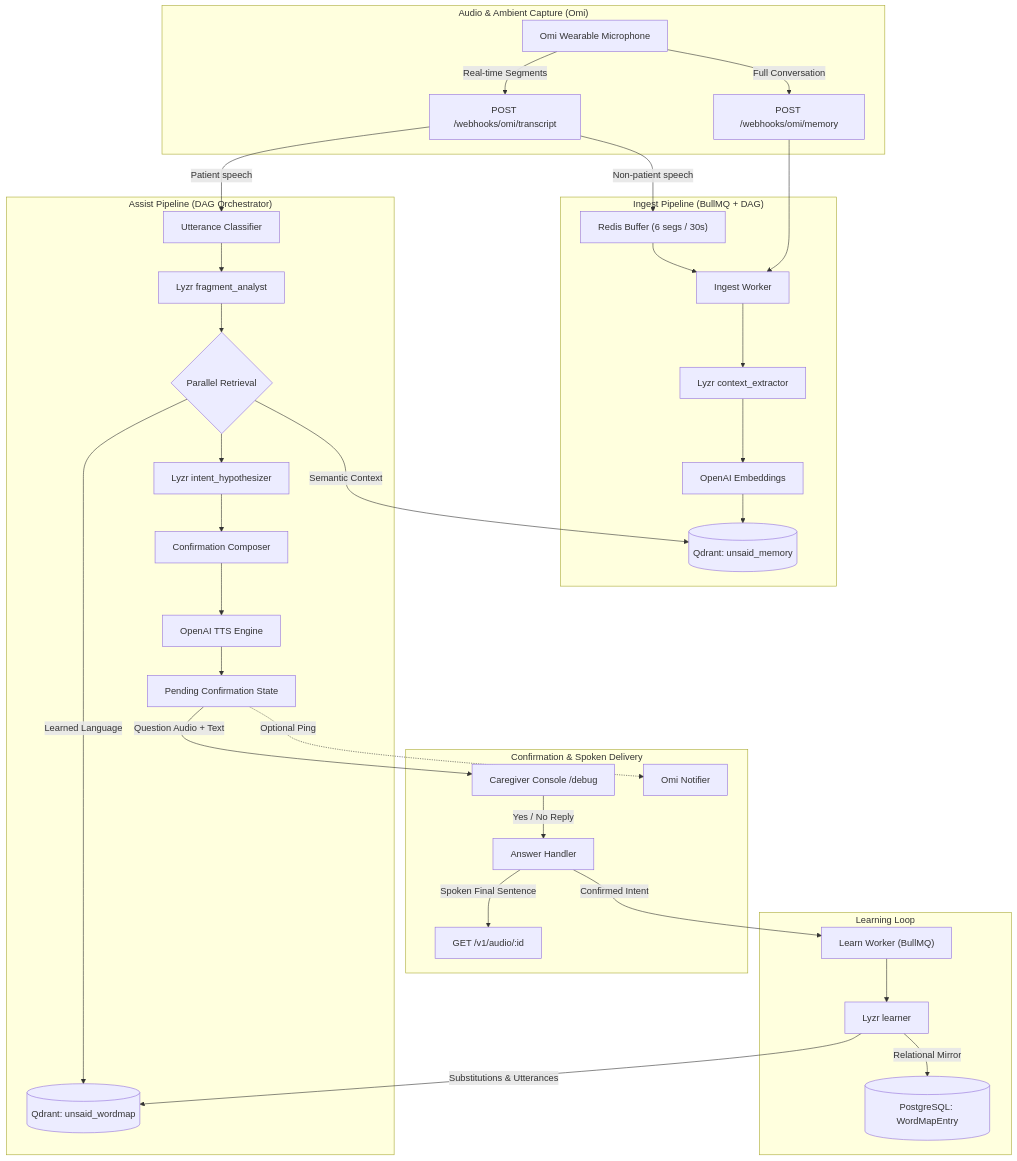
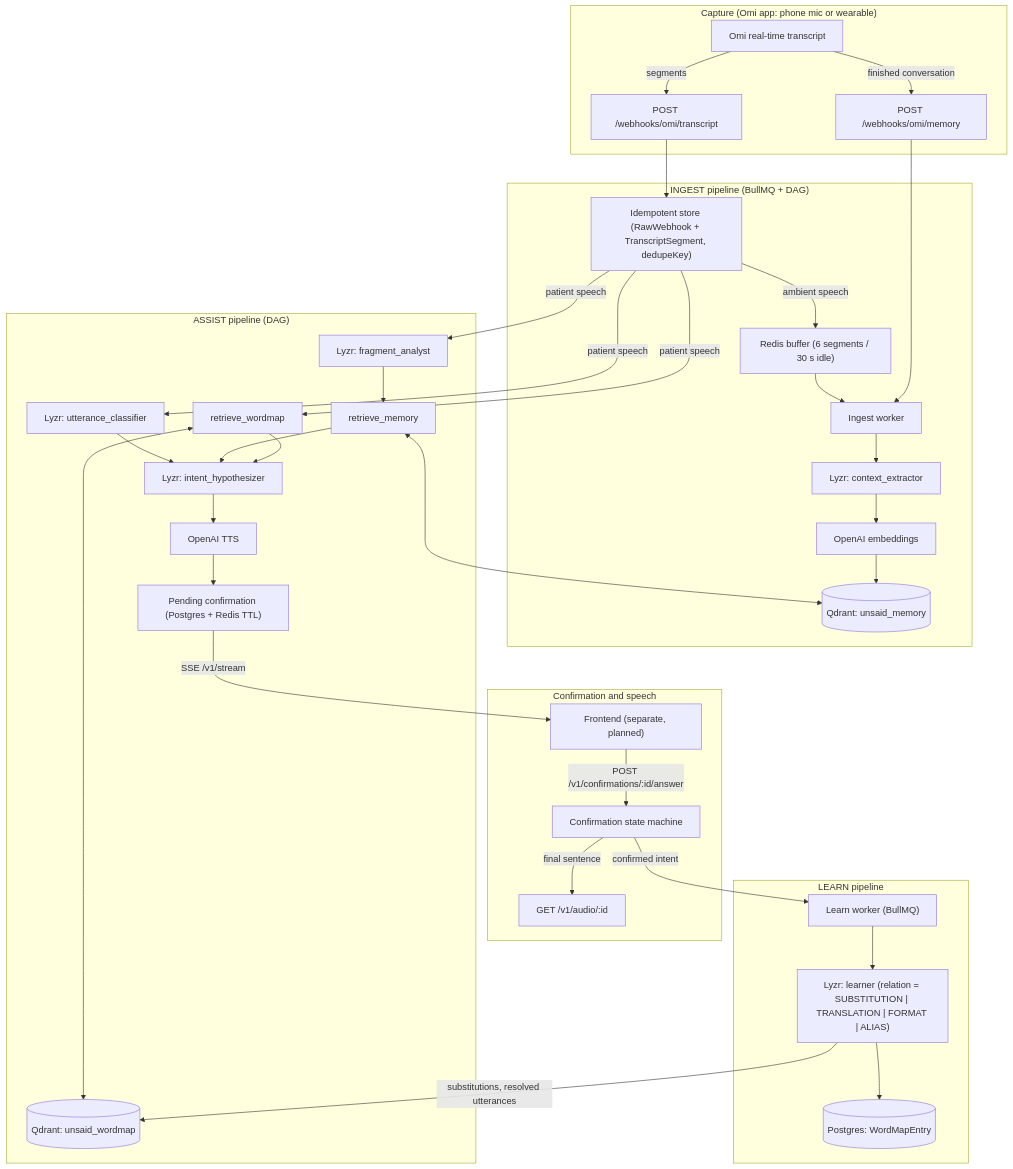
One commit to shankywho/Unsaid changed the first of 2 diagrams in README.md. Above: the diagram before and after it, drawn with Mermaid. The commit also changed other lines of this file and 10 other files, not shown here.

Commit message:
docs: README with live results, frontend contract, Omi setup, deploy configs, demo script, MIT license

````diff
--- a/README.md
+++ b/README.md
@@ -27,42 +27,45 @@
 ```mermaid
 flowchart TD
-    subgraph Capture["Audio & Ambient Capture (Omi)"]
-        OmiWearable["Omi Wearable Microphone"] -->|Real-time Segments| WebhookTranscript["POST /webhooks/omi/transcript"]
-        OmiWearable -->|Full Conversation| WebhookMemory["POST /webhooks/omi/memory"]
+    subgraph Capture["Capture (Omi app: phone mic or wearable)"]
+        OmiApp["Omi real-time transcript"] -->|segments| WebhookTranscript["POST /webhooks/omi/transcript"]
+        OmiApp -->|finished conversation| WebhookMemory["POST /webhooks/omi/memory"]
     end
 
-    subgraph Ingestion["Ingest Pipeline (BullMQ + DAG)"]
-        WebhookTranscript -->|Non-patient speech| IngestBuffer["Redis Buffer (6 segs / 30s)"]
-        IngestBuffer --> IngestWorker["Ingest Worker"]
+    WebhookTranscript --> Dedupe["Idempotent store (RawWebhook + TranscriptSegment, dedupeKey)"]
+
+    subgraph Ingestion["INGEST pipeline (BullMQ + DAG)"]
+        Dedupe -->|ambient speech| IngestBuffer["Redis buffer (6 segments / 30 s idle)"]
+        IngestBuffer --> IngestWorker["Ingest worker"]
         WebhookMemory --> IngestWorker
-        IngestWorker --> LyzrContext["Lyzr context_extractor"]
-        LyzrContext --> EmbedFacts["OpenAI Embeddings"]
+        IngestWorker --> LyzrContext["Lyzr: context_extractor"]
+        LyzrContext --> EmbedFacts["OpenAI embeddings"]
         EmbedFacts --> QdrantMemory[("Qdrant: unsaid_memory")]
     end
 
-    subgraph Assist["Assist Pipeline (DAG Orchestrator)"]
-        WebhookTranscript -->|Patient speech| Classify["Utterance Classifier"]
-        Classify --> FragmentAnalyst["Lyzr fragment_analyst"]
-        FragmentAnalyst --> ParallelRetrieve{"Parallel Retrieval"}
-        ParallelRetrieve -->|Semantic Context| QdrantMemory
-        ParallelRetrieve -->|Learned Language| QdrantWordMap[("Qdrant: unsaid_wordmap")]
-        ParallelRetrieve --> Hypothesizer["Lyzr intent_hypothesizer"]
-        Hypothesizer --> Composer["Confirmation Composer"]
-        Composer --> TTS["OpenAI TTS Engine"]
-        TTS --> PendingConfirm["Pending Confirmation State"]
+    subgraph Assist["ASSIST pipeline (DAG)"]
+        Dedupe -->|patient speech| Classify["Lyzr: utterance_classifier"]
+        Dedupe -->|patient speech| FragmentAnalyst["Lyzr: fragment_analyst"]
+        Dedupe -->|patient speech| WordMapRetrieve["retrieve_wordmap"]
+        FragmentAnalyst --> MemoryRetrieve["retrieve_memory"]
+        MemoryRetrieve <--> QdrantMemory
+        WordMapRetrieve <--> QdrantWordMap[("Qdrant: unsaid_wordmap")]
+        Classify --> Hypothesizer["Lyzr: intent_hypothesizer"]
+        MemoryRetrieve --> Hypothesizer
+        WordMapRetrieve --> Hypothesizer
+        Hypothesizer --> TTS["OpenAI TTS"]
+        TTS --> PendingConfirm["Pending confirmation (Postgres + Redis TTL)"]
     end
 
-    subgraph Interaction["Confirmation & Spoken Delivery"]
-        PendingConfirm -->|Question Audio + Text| CaregiverConsole["Caregiver Console /debug"]
-        PendingConfirm -.->|Optional Ping| OmiNotifier["Omi Notifier"]
-        CaregiverConsole -->|Yes / No Reply| ConfirmHandler["Answer Handler"]
-        ConfirmHandler -->|Spoken Final Sentence| AudioStream["GET /v1/audio/:id"]
+    subgraph Interaction["Confirmation and speech"]
+        PendingConfirm -->|SSE /v1/stream| Frontend["Frontend (separate, planned)"]
+        Frontend -->|"POST /v1/confirmations/:id/answer"| ConfirmHandler["Confirmation state machine"]
+        ConfirmHandler -->|final sentence| AudioStream["GET /v1/audio/:id"]
     end
 
-    subgraph Feedback["Learning Loop"]
-        ConfirmHandler -->|Confirmed Intent| LearnWorker["Learn Worker (BullMQ)"]
-        LearnWorker --> LyzrLearner["Lyzr learner"]
-        LyzrLearner -->|Substitutions & Utterances| QdrantWordMap
-        LyzrLearner -->|Relational Mirror| PostgresWordMap[("PostgreSQL: WordMapEntry")]
+    subgraph Feedback["LEARN pipeline"]
+        ConfirmHandler -->|confirmed intent| LearnWorker["Learn worker (BullMQ)"]
+        LearnWorker --> LyzrLearner["Lyzr: learner (relation = SUBSTITUTION | TRANSLATION | FORMAT | ALIAS)"]
+        LyzrLearner -->|substitutions, resolved utterances| QdrantWordMap
+        LyzrLearner --> PostgresWordMap[("Postgres: WordMapEntry")]
     end
 ```
````
